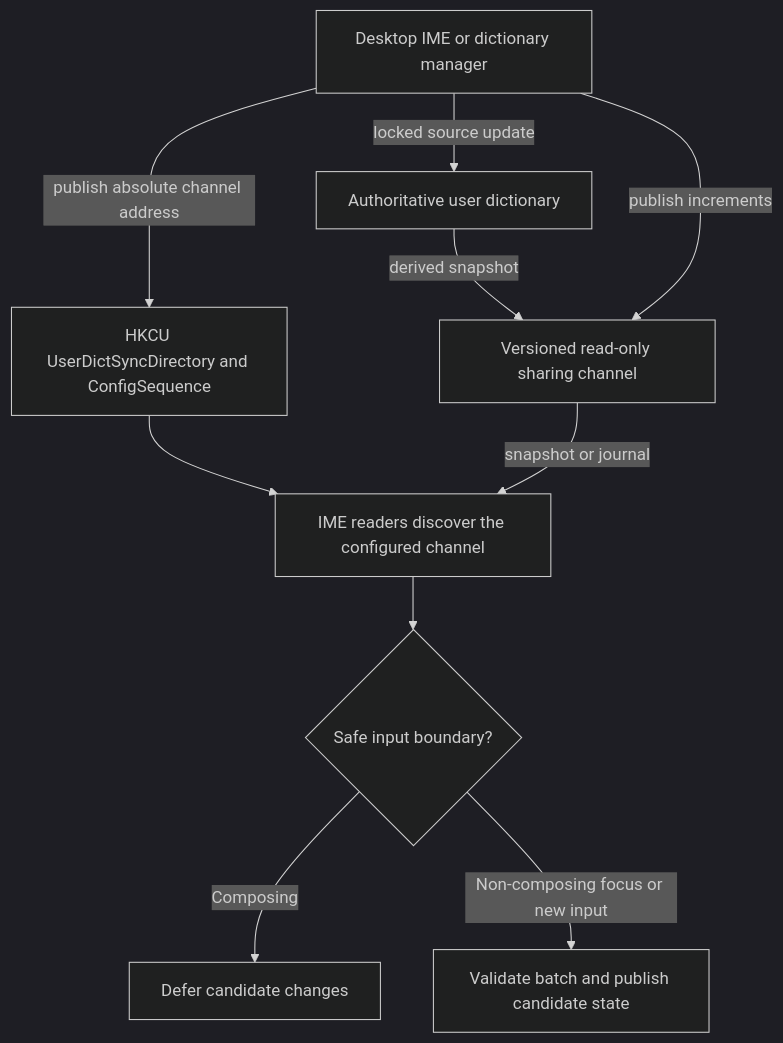
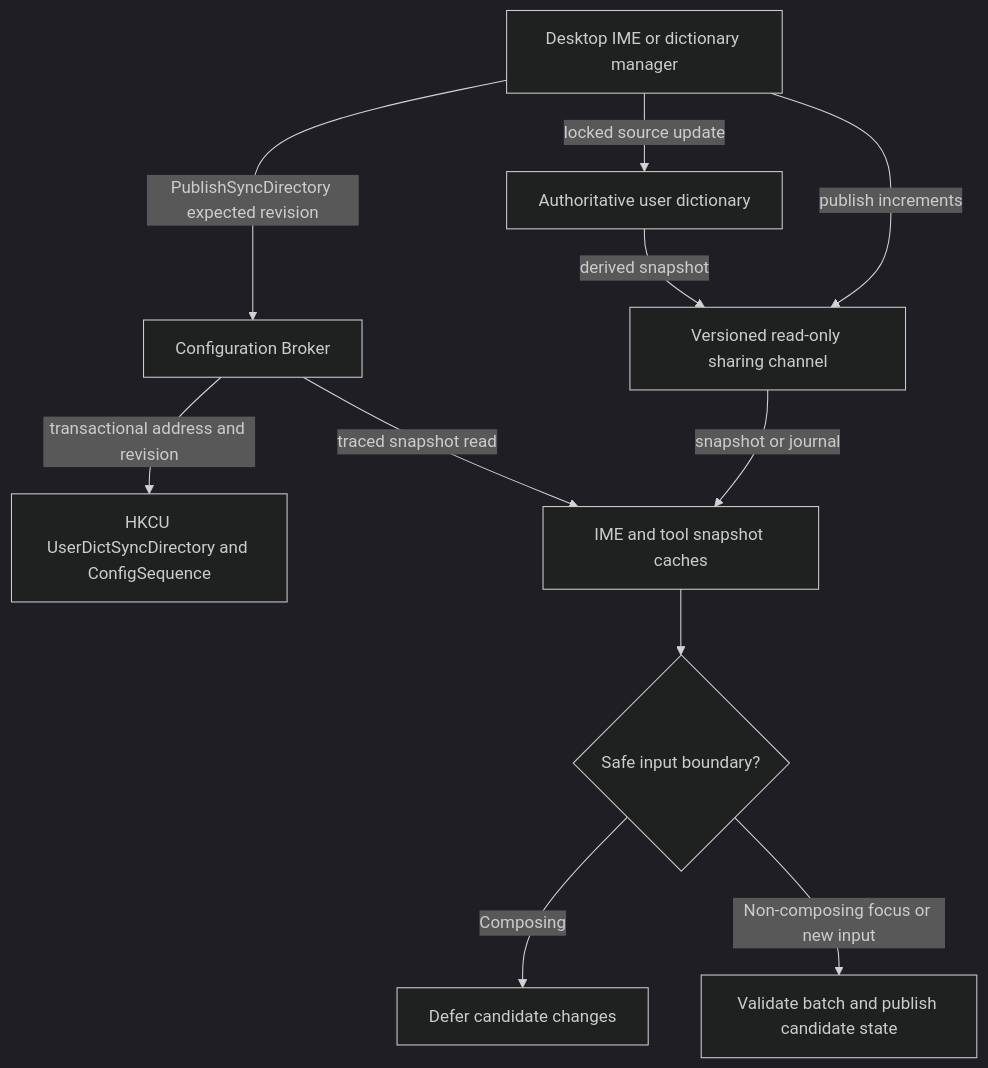
The second of 2 diagrams in docs/arch.md (cloudfyy/qiqiime), drawn with Mermaid (dark theme) before and after one commit. The commit also changed other lines of this file and 4 other files, not shown here.

Commit message:
docs: describe Broker tracing architecture

````diff
--- a/docs/arch.md
+++ b/docs/arch.md
@@ -245,12 +245,13 @@
 ```mermaid
 flowchart TD
     Writer["Desktop IME or dictionary manager"] -->|locked source update| File["Authoritative user dictionary"]
     File -->|derived snapshot| Channel["Versioned read-only sharing channel"]
     Writer -->|publish increments| Channel
-    Writer -->|publish absolute channel address| Registry["HKCU UserDictSyncDirectory and ConfigSequence"]
-    Registry --> Reader["IME readers discover the configured channel"]
+    Writer -->|PublishSyncDirectory expected revision| Broker["Configuration Broker"]
+    Broker -->|transactional address and revision| Registry["HKCU UserDictSyncDirectory and ConfigSequence"]
+    Broker -->|traced snapshot read| Reader["IME and tool snapshot caches"]
     Channel -->|snapshot or journal| Reader
     Reader --> Boundary{"Safe input boundary?"}
     Boundary -->|Composing| Defer["Defer candidate changes"]
     Boundary -->|Non-composing focus or new input| Apply["Validate batch and publish candidate state"]
 ```
````
